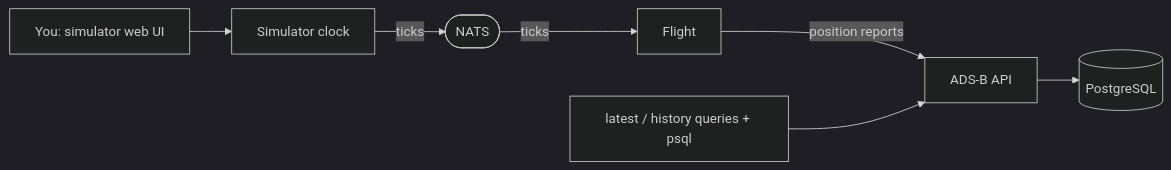
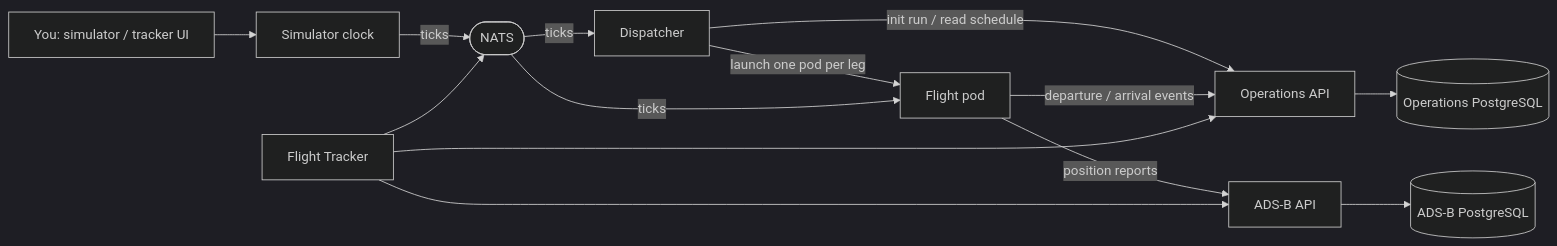
One commit to cloud-native-airlines/cloud-native-airlines changed the diagram in README.md. Above: the diagram before and after it, drawn with Mermaid (dark theme). The commit also changed other lines of this file, not shown here.

Commit message:
Update diagram

````diff
--- a/README.md
+++ b/README.md
@@ -25,9 +35,16 @@
 ```mermaid
 flowchart LR
-    U[You: simulator web UI] --> S[Simulator clock]
+    U[You: simulator / tracker UI] --> S[Simulator clock]
     S -- ticks --> N([NATS])
-    N -- ticks --> F[Flight]
+    N -- ticks --> DP[Dispatcher]
+    DP -- init run / read schedule --> O[Operations API]
+    DP -- launch one pod per leg --> F[Flight pod]
+    N -- ticks --> F
     F -- position reports --> D[ADS-B API]
-    D --> P[(PostgreSQL)]
-    Q[latest / history queries + psql] --> D
+    F -- departure / arrival events --> O
+    D --> P[(ADS-B PostgreSQL)]
+    O --> OP[(Operations PostgreSQL)]
+    T[Flight Tracker] --> N
+    T --> D
+    T --> O
 ```
````
